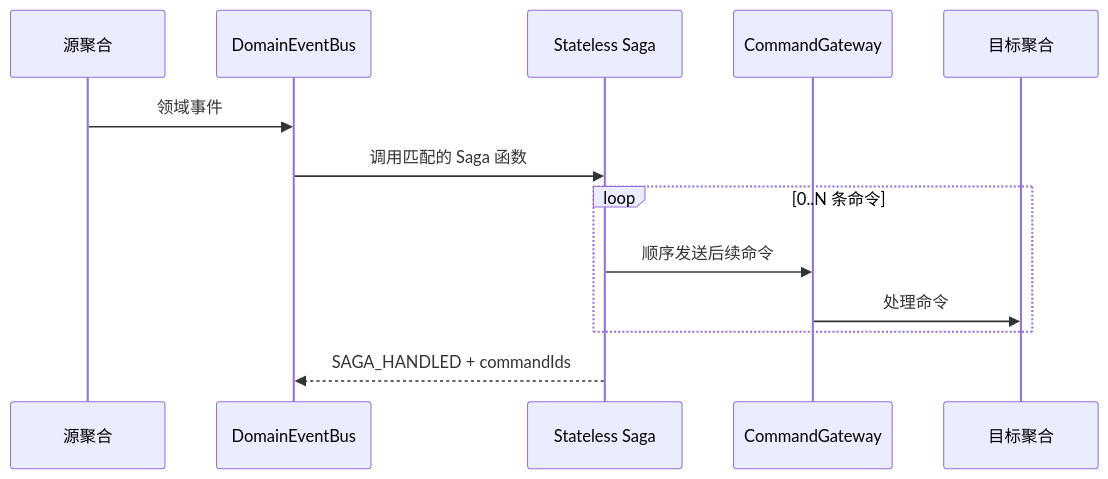
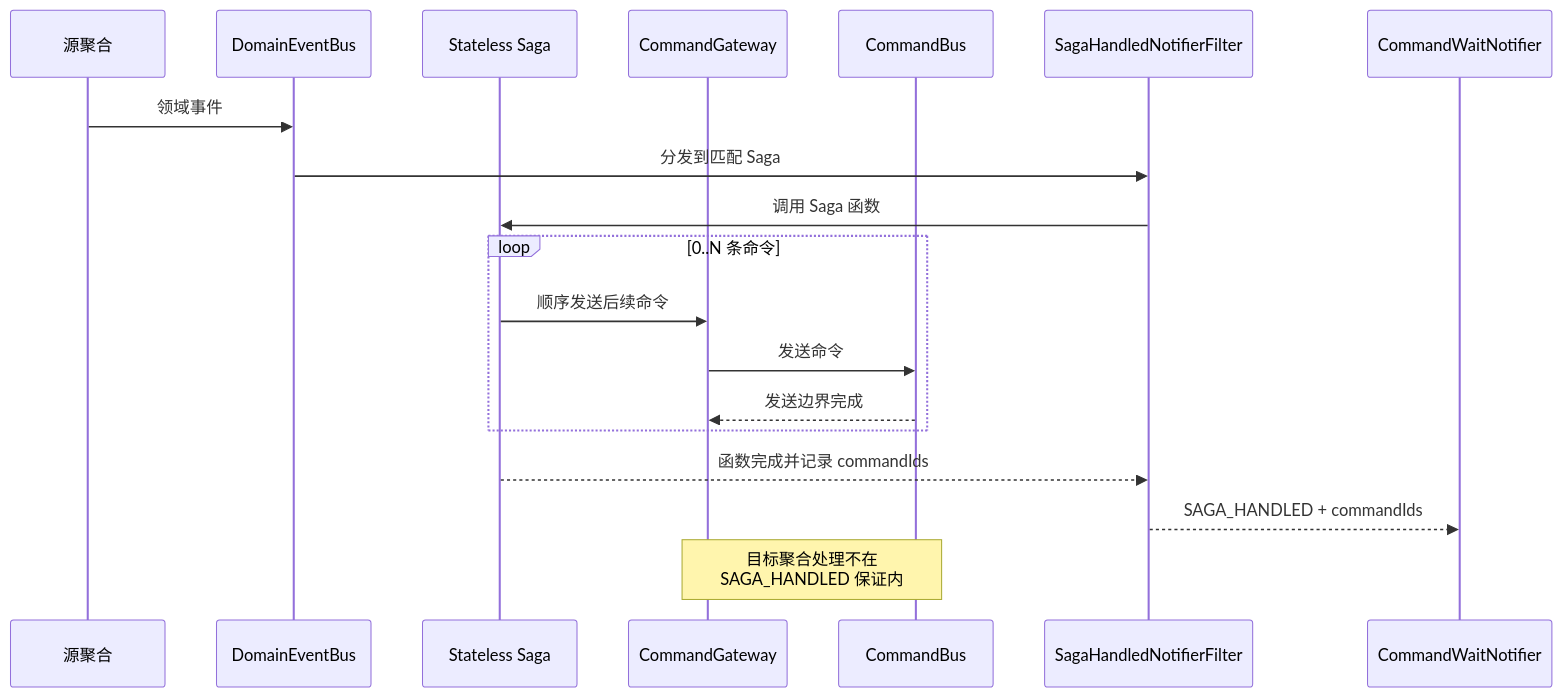
One commit to Ahoo-Wang/Wow changed diagram 15 of 16 in document/design/2026-08-29-domain-command-event-diagrams-implementation-plan.md. Above: the diagram before and after it, drawn with Mermaid. The commit also changed other lines of this file and 11 other files, not shown here.

Commit message:
docs: correct final diagram semantics

````diff
--- a/document/design/2026-08-29-domain-command-event-diagrams-implementation-plan.md
+++ b/document/design/2026-08-29-domain-command-event-diagrams-implementation-plan.md
@@ -788,15 +797,21 @@
 ```mermaid
 sequenceDiagram
     participant Source as 源聚合
     participant EventBus as DomainEventBus
     participant Saga as Stateless Saga
     participant Gateway as CommandGateway
-    participant Target as 目标聚合
+    participant CommandBus as CommandBus
+    participant Notifier as SagaHandledNotifierFilter
+    participant WaitNotifier as CommandWaitNotifier
     Source->>EventBus: 领域事件
-    EventBus->>Saga: 调用匹配的 Saga 函数
+    EventBus->>Notifier: 分发到匹配 Saga
+    Notifier->>Saga: 调用 Saga 函数
     loop 0..N 条命令
         Saga->>Gateway: 顺序发送后续命令
-        Gateway->>Target: 处理命令
+        Gateway->>CommandBus: 发送命令
+        CommandBus-->>Gateway: 发送边界完成
     end
-    Saga-->>EventBus: SAGA_HANDLED + commandIds
+    Saga-->>Notifier: 函数完成并记录 commandIds
+    Notifier-->>WaitNotifier: SAGA_HANDLED + commandIds
+    Note over Gateway,CommandBus: 目标聚合处理不在<br/>SAGA_HANDLED 保证内
 ```
````
